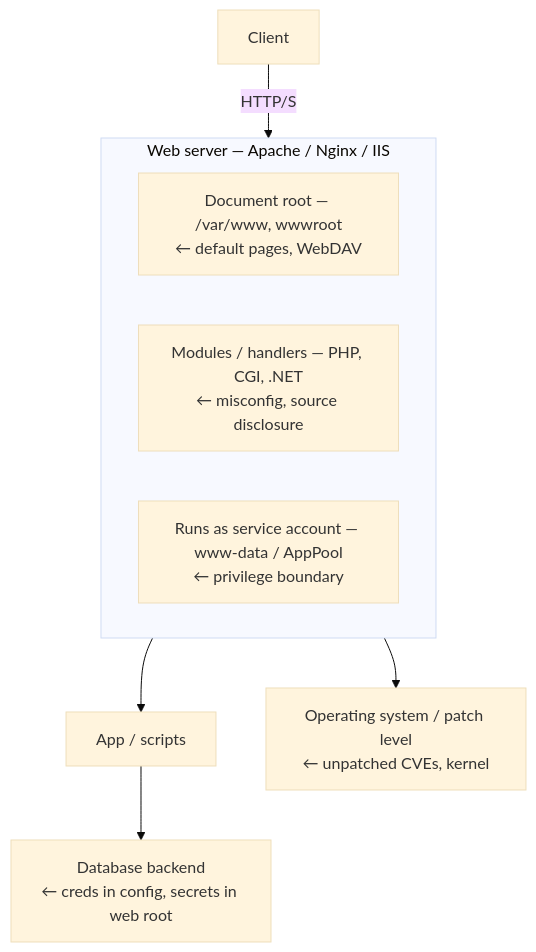
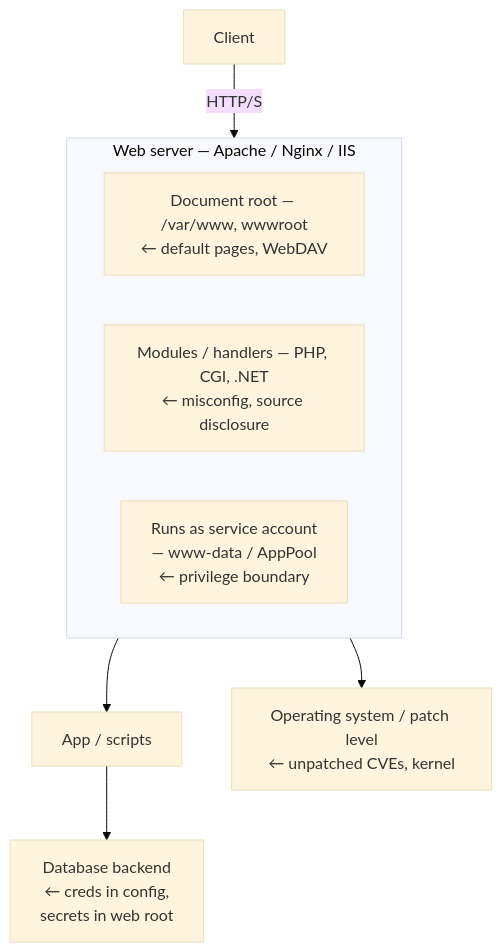
One commit to morandeirachema/CyberCerts changed the first of 2 diagrams in certs/ceh/modules/13-hacking-web-servers/README.md. Above: the diagram before and after it, drawn with Mermaid (base theme). The commit also changed other lines of this file and 106 other files, not shown here.

````diff
--- a/certs/ceh/modules/13-hacking-web-servers/README.md
+++ b/certs/ceh/modules/13-hacking-web-servers/README.md
@@ -20,11 +20,11 @@
 ```mermaid
 flowchart TB
     C["Client"] -->|"HTTP/S"| WS
     subgraph WS["Web server — Apache / Nginx / IIS"]
         DR["Document root — /var/www, wwwroot<br/>← default pages, WebDAV"]
         MOD["Modules / handlers — PHP, CGI, .NET<br/>← misconfig, source disclosure"]
-        SVC["Runs as service account — www-data / AppPool<br/>← privilege boundary"]
+        SVC["Runs as service account<br/>— www-data / AppPool<br/>← privilege boundary"]
     end
-    WS --> APP["App / scripts"] --> DB["Database backend<br/>← creds in config, secrets in web root"]
+    WS --> APP["App / scripts"] --> DB["Database backend<br/>← creds in config,<br/>secrets in web root"]
     WS --> OS["Operating system / patch level<br/>← unpatched CVEs, kernel"]
 ```
````
